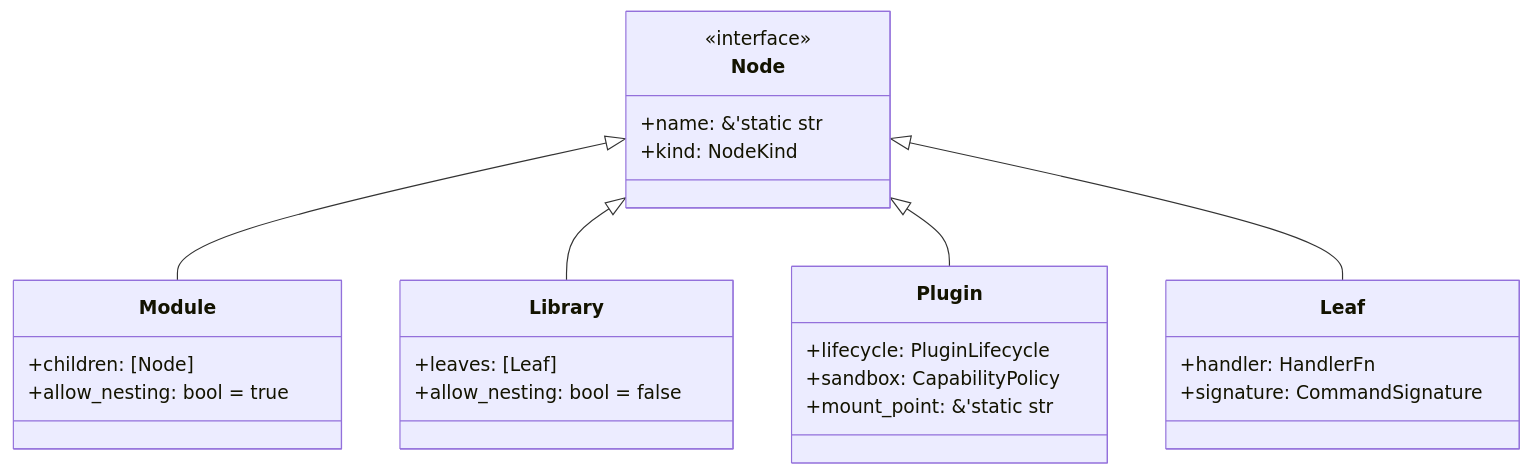
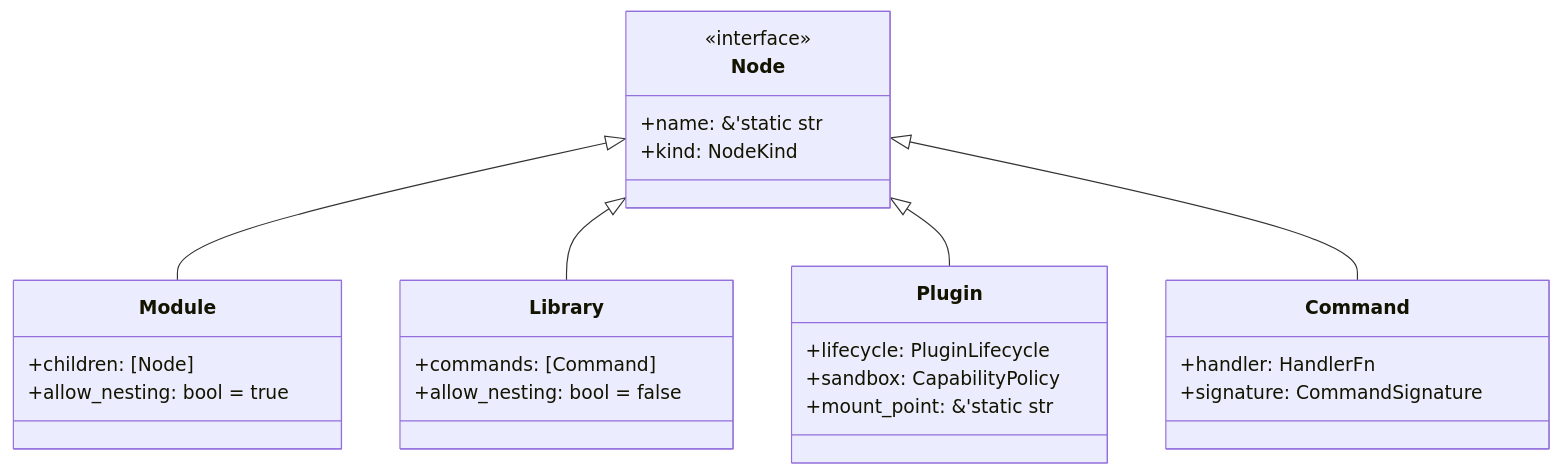
One commit to ulquiorracode/modtree-rs changed the first of 2 diagrams in ARCHITECTURE.md. Above: the diagram before and after it, drawn with Mermaid. The commit also changed other lines of this file and 17 other files, not shown here.

Commit message:
refactor(core): migrate to workspace layout and rename Leaf to Command (#6)

````diff
--- a/ARCHITECTURE.md
+++ b/ARCHITECTURE.md
@@ -43,30 +43,30 @@
 ```mermaid
 classDiagram
     class Node {
         <<interface>>
         +name: &'static str
         +kind: NodeKind
     }
     class Module {
         +children: [Node]
         +allow_nesting: bool = true
     }
     class Library {
-        +leaves: [Leaf]
+        +commands: [Command]
         +allow_nesting: bool = false
     }
     class Plugin {
         +lifecycle: PluginLifecycle
         +sandbox: CapabilityPolicy
         +mount_point: &'static str
     }
-    class Leaf {
+    class Command {
         +handler: HandlerFn
         +signature: CommandSignature
     }
 
     Node <|-- Module
     Node <|-- Library
     Node <|-- Plugin
-    Node <|-- Leaf
+    Node <|-- Command
 ```
````
